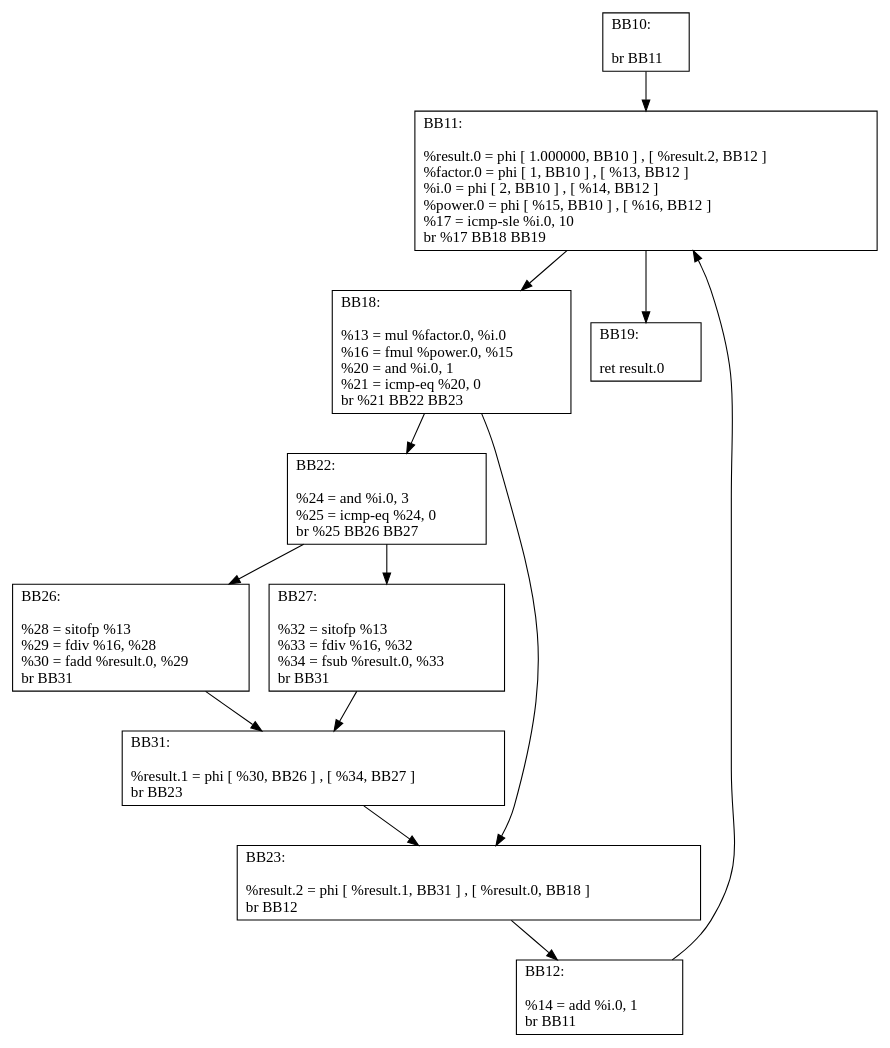
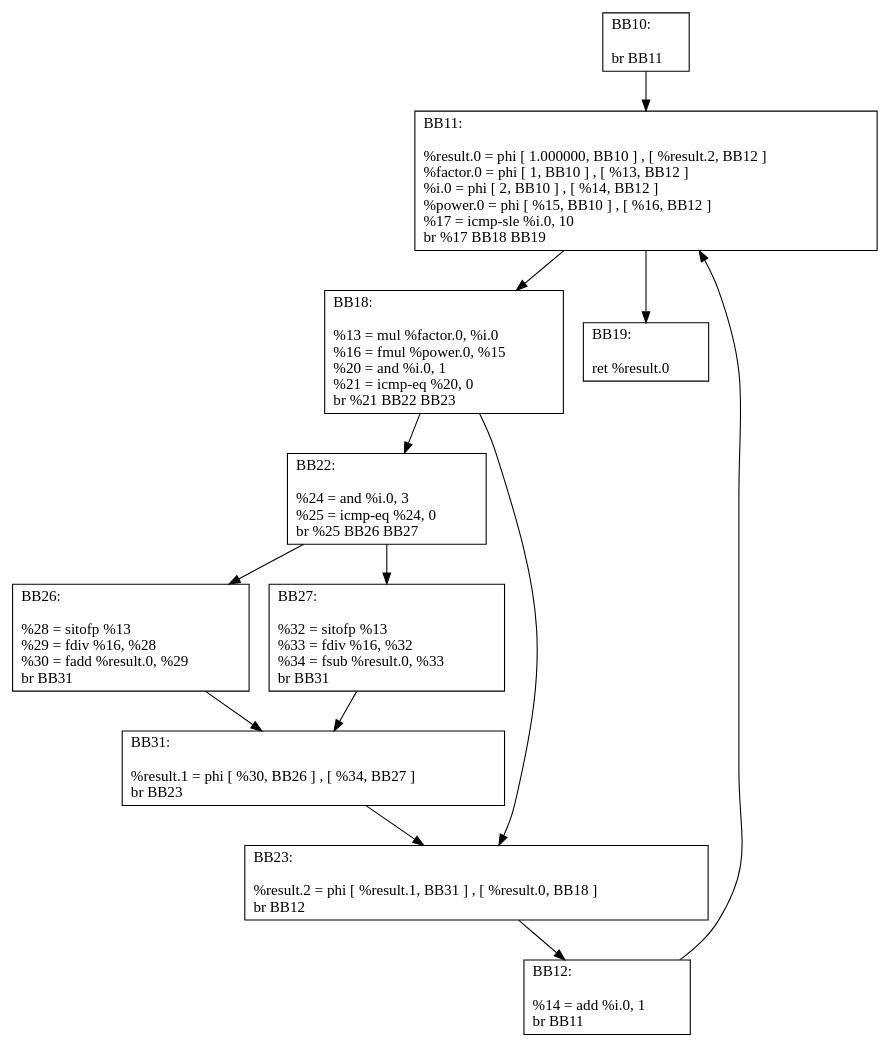
The diagram in src/dot_files/Oscar/Cos.dot (angelica-moreira/CfgGenerator), drawn with Graphviz before and after one commit. The commit also changed 105 other files, not shown here.

```diff
--- a/src/dot_files/Oscar/Cos.dot
+++ b/src/dot_files/Oscar/Cos.dot
@@ -1,74 +1,74 @@
 digraph "CFG for 'Cos' function" {
 BB10 [shape=record,
     label="{BB10:\l\l
              br BB11\l
              }"];
 BB10 -> BB11
 BB11 [shape=record,
     label="{BB11:\l\l
              %result.0 = phi [ 1.000000, BB10 ] , [ %result.2, BB12 ] \l
              %factor.0 = phi [ 1, BB10 ] , [ %13, BB12 ] \l
              %i.0 = phi [ 2, BB10 ] , [ %14, BB12 ] \l
              %power.0 = phi [ %15, BB10 ] , [ %16, BB12 ] \l
              %17 = icmp-sle %i.0, 10\l
              br %17 BB18 BB19\l
              }"];
 BB11 -> BB18
 BB11 -> BB19
 BB18 [shape=record,
     label="{BB18:\l\l
              %13 = mul %factor.0, %i.0\l
              %16 = fmul %power.0, %15\l
              %20 = and %i.0, 1\l
              %21 = icmp-eq %20, 0\l
              br %21 BB22 BB23\l
              }"];
 BB18 -> BB22
 BB18 -> BB23
 BB22 [shape=record,
     label="{BB22:\l\l
              %24 = and %i.0, 3\l
              %25 = icmp-eq %24, 0\l
              br %25 BB26 BB27\l
              }"];
 BB22 -> BB26
 BB22 -> BB27
 BB26 [shape=record,
     label="{BB26:\l\l
              %28 = sitofp %13\l
              %29 = fdiv %16, %28\l
              %30 = fadd %result.0, %29\l
              br BB31\l
              }"];
 BB26 -> BB31
 BB27 [shape=record,
     label="{BB27:\l\l
              %32 = sitofp %13\l
              %33 = fdiv %16, %32\l
              %34 = fsub %result.0, %33\l
              br BB31\l
              }"];
 BB27 -> BB31
 BB31 [shape=record,
     label="{BB31:\l\l
              %result.1 = phi [ %30, BB26 ] , [ %34, BB27 ] \l
              br BB23\l
              }"];
 BB31 -> BB23
 BB23 [shape=record,
     label="{BB23:\l\l
              %result.2 = phi [ %result.1, BB31 ] , [ %result.0, BB18 ] \l
              br BB12\l
              }"];
 BB23 -> BB12
 BB12 [shape=record,
     label="{BB12:\l\l
              %14 = add %i.0, 1\l
              br BB11\l
              }"];
 BB12 -> BB11
 BB19 [shape=record,
     label="{BB19:\l\l
-             ret result.0\l
+             ret %result.0\l
              }"];
 }
```
